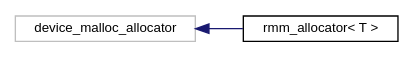
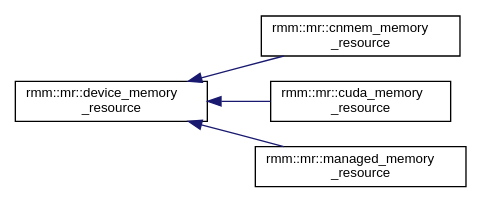
Before and after one commit to rapidsai/projects: the diagram in rmm/0.9.0/inherit_graph_4.dot, drawn with Graphviz. The commit also changed 89 other files, not shown here.

```diff
--- a/rmm/0.9.0/inherit_graph_4.dot
+++ b/rmm/0.9.0/inherit_graph_4.dot
@@ -1,9 +1,13 @@
 digraph "Graphical Class Hierarchy"
 {
   edge [fontname="Helvetica",fontsize="10",labelfontname="Helvetica",labelfontsize="10"];
   node [fontname="Helvetica",fontsize="10",shape=record];
   rankdir="LR";
-  Node5 [label="device_malloc_allocator",height=0.2,width=0.4,color="grey75", fillcolor="white", style="filled"];
-  Node5 -> Node0 [dir="back",color="midnightblue",fontsize="10",style="solid",fontname="Helvetica"];
-  Node0 [label="rmm_allocator\< T \>",height=0.2,width=0.4,color="black", fillcolor="white", style="filled",URL="$classrmm__allocator.html"];
+  Node0 [label="rmm::mr::device_memory\l_resource",height=0.2,width=0.4,color="black", fillcolor="white", style="filled",URL="$classrmm_1_1mr_1_1device__memory__resource.html",tooltip="Base class for all libcudf device memory allocation. "];
+  Node0 -> Node1 [dir="back",color="midnightblue",fontsize="10",style="solid",fontname="Helvetica"];
+  Node1 [label="rmm::mr::cnmem_memory\l_resource",height=0.2,width=0.4,color="black", fillcolor="white", style="filled",URL="$classrmm_1_1mr_1_1cnmem__memory__resource.html",tooltip="Memory resource that allocates/deallocates using the cnmem pool sub-allocator the cnmem pool sub-allo..."];
+  Node0 -> Node2 [dir="back",color="midnightblue",fontsize="10",style="solid",fontname="Helvetica"];
+  Node2 [label="rmm::mr::cuda_memory\l_resource",height=0.2,width=0.4,color="black", fillcolor="white", style="filled",URL="$classrmm_1_1mr_1_1cuda__memory__resource.html",tooltip="device_memory_resource derived class that uses cudaMalloc/Free for allocation/deallocation. "];
+  Node0 -> Node3 [dir="back",color="midnightblue",fontsize="10",style="solid",fontname="Helvetica"];
+  Node3 [label="rmm::mr::managed_memory\l_resource",height=0.2,width=0.4,color="black", fillcolor="white", style="filled",URL="$classrmm_1_1mr_1_1managed__memory__resource.html",tooltip="device_memory_resource derived class that uses cudaMallocManaged/Free for allocation/deallocation. "];
 }
```
